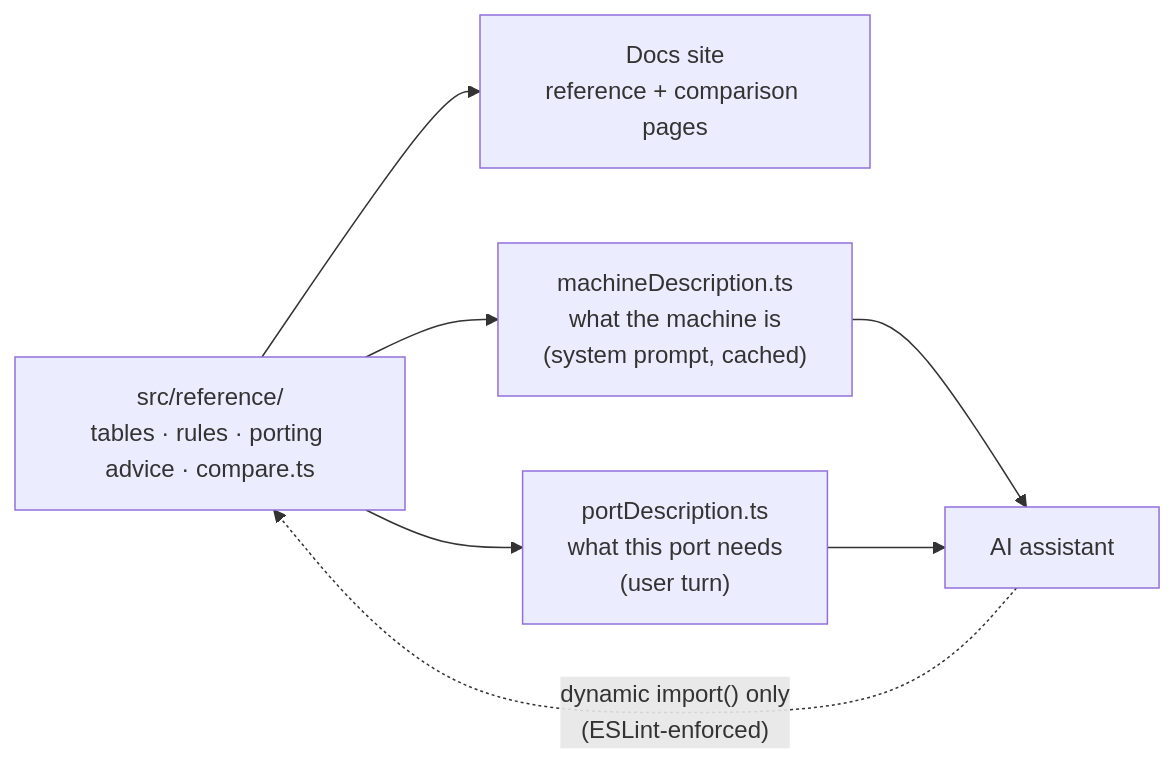
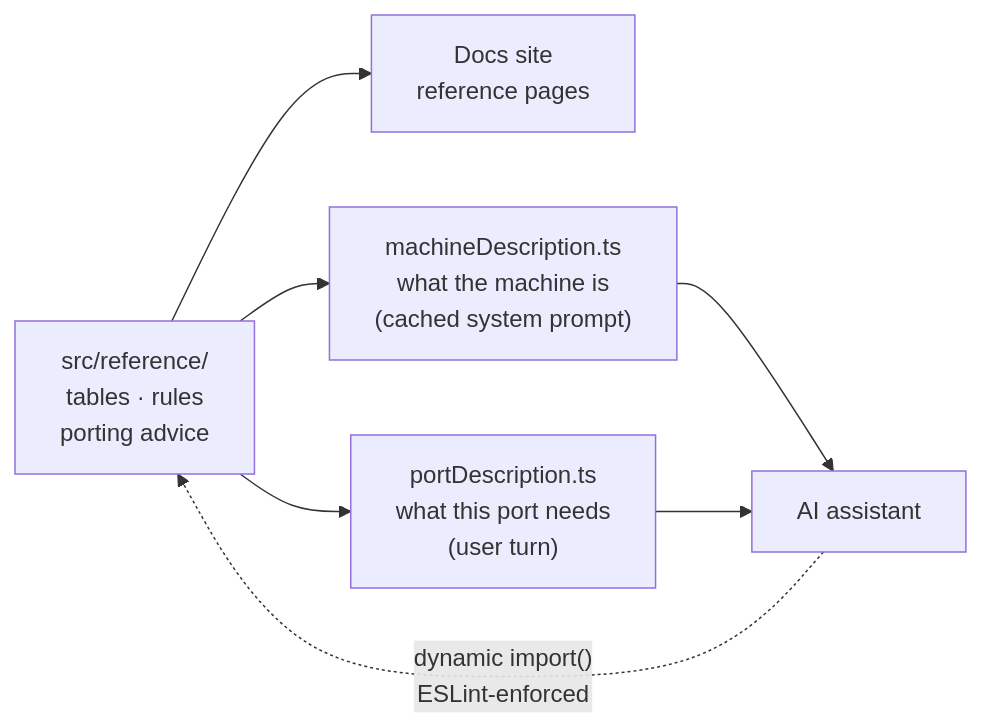
Before and after one commit to seanhodges/basically: the fourth of 12 diagrams in docs/contributing/architecture.md, drawn with Mermaid. The commit also changed other lines of this file and 7 other files, not shown here.

````diff
--- a/docs/contributing/architecture.md
+++ b/docs/contributing/architecture.md
@@ -308,12 +269,12 @@
 ```mermaid
 flowchart LR
-  ref["src/reference/<br/>tables · rules · porting advice · compare.ts"]
-  docs["Docs site<br/>reference + comparison pages"]
-  md["machineDescription.ts<br/>what the machine is<br/>(system prompt, cached)"]
+  ref["src/reference/<br/>tables · rules<br/>porting advice"]
+  docs["Docs site<br/>reference pages"]
+  md["machineDescription.ts<br/>what the machine is<br/>(cached system prompt)"]
   pd["portDescription.ts<br/>what this port needs<br/>(user turn)"]
   ai["AI assistant"]
   ref --> docs
   ref --> md --> ai
   ref --> pd --> ai
-  ai -.->|"dynamic import() only<br/>(ESLint-enforced)"| ref
+  ai -.->|"dynamic import()<br/>ESLint-enforced"| ref
 ```
````
